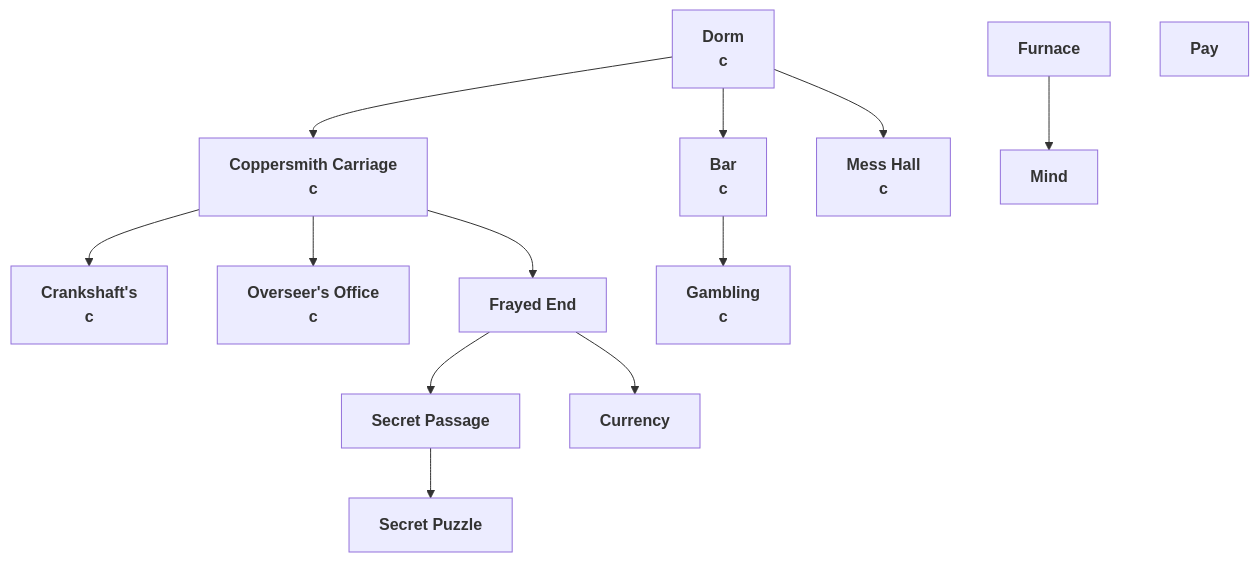
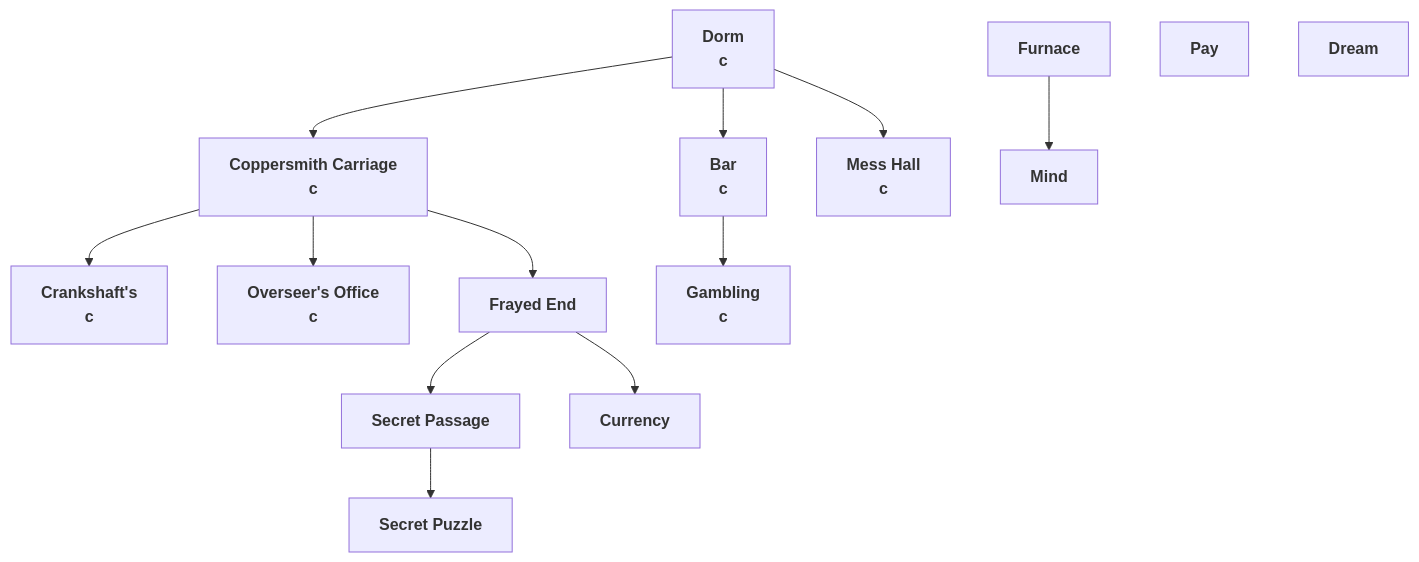
One commit to noahval/GoA changed the diagram in .claude/plans/2/2.1-scene-network.mmd. Above: the diagram before and after it, drawn with Mermaid. The commit also changed 33 other files, not shown here.

```diff
--- a/.claude/plans/2/2.1-scene-network.mmd
+++ b/.claude/plans/2/2.1-scene-network.mmd
@@ -1,8 +1,9 @@
 flowchart TB
     dorm["<b>Dorm<br>c</b>"] --> bar["<b>Bar<br>c</b>"] & coppersmith["<b>Coppersmith Carriage<br>c</b>"] & mess["<b>Mess Hall<br>c</b>"]
     furnace["<b>Furnace</b>"] --> mind["<b>Mind</b>"]
-    coppersmith --> crankshafts@{ label: "<b>Crankshaft's<br>c</b>" } & office@{ label: "<b>Overseer's Office<br>c</b>" } & n3["<b>Frayed End</b>"]
+    coppersmith --> crankshafts@{ label: "<b>Crankshaft's<br>c</b>" } & office@{ label: "<b>Overseer's Office<br>c</b>" } & frayed["<b>Frayed End</b>"]
     secret["<b>Secret Passage</b>"] --> puzzle["<b>Secret Puzzle</b>"]
-    n3 --> n4["<b>Currency</b>"] & secret
-    bar --> n2["<b>Gambling<br>c</b>"]
-    n5["<b>Pay</b>"]
+    frayed --> currency["<b>Currency</b>"] & secret
+    bar --> gambling["<b>Gambling<br>c</b>"]
+    pay["<b>Pay</b>"]
+    dream["<b>Dream</b>"]
```
